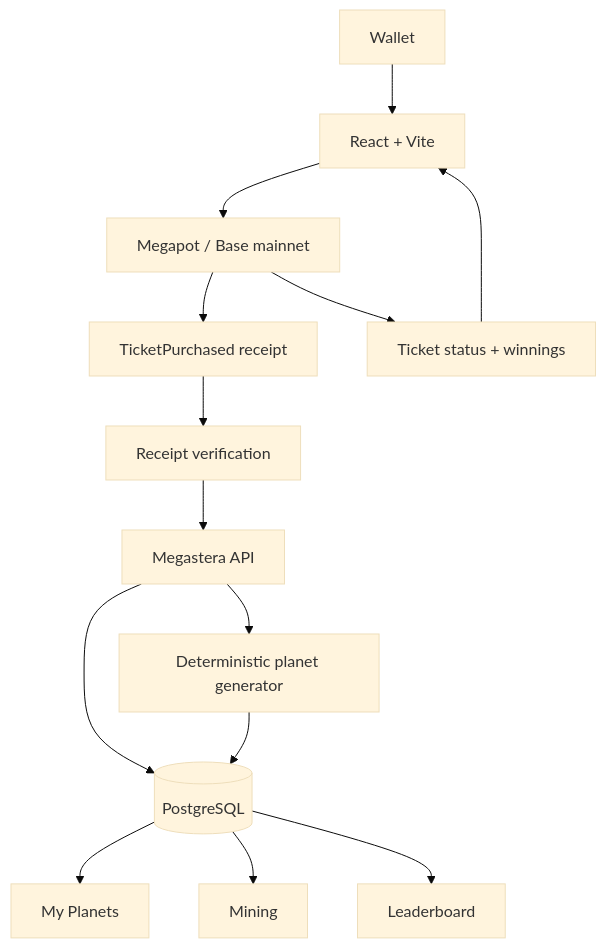
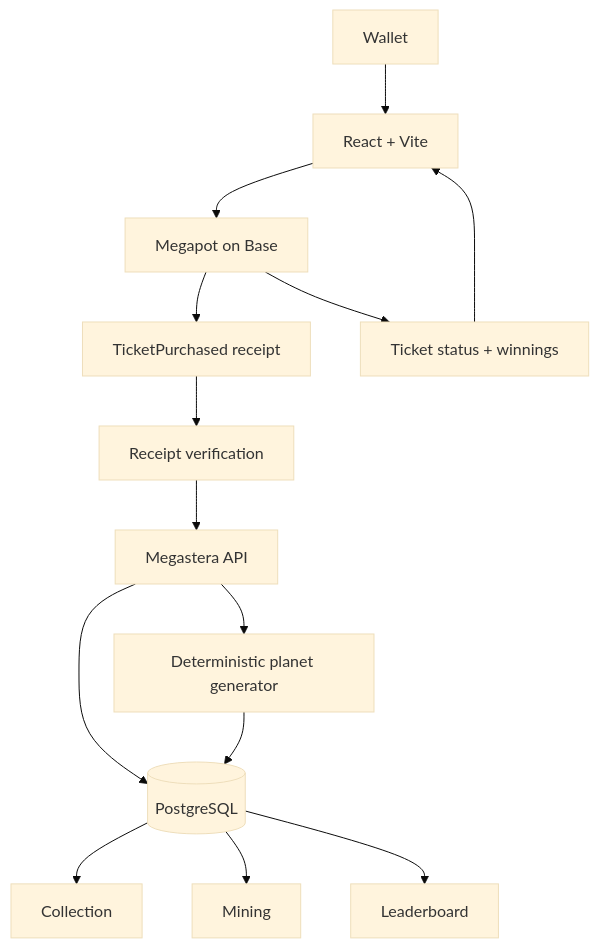
The second of 2 diagrams in README.md (AstralEX1/megastera), drawn with Mermaid (base theme) before and after one commit. The commit also changed other lines of this file, not shown here.

````diff
--- a/README.md
+++ b/README.md
@@ -150,16 +199,16 @@
 ```mermaid
 flowchart TD
   W[Wallet] --> UI[React + Vite]
-  UI --> MP[Megapot / Base mainnet]
+  UI --> MP[Megapot on Base]
   MP --> R[TicketPurchased receipt]
   R --> V[Receipt verification]
   V --> API[Megastera API]
   API --> DB[(PostgreSQL)]
   API --> GEN[Deterministic planet generator]
   GEN --> DB
-  DB --> C[My Planets]
+  DB --> C[Collection]
   DB --> M[Mining]
   DB --> L[Leaderboard]
   MP --> T[Ticket status + winnings]
   T --> UI
 ```
````
